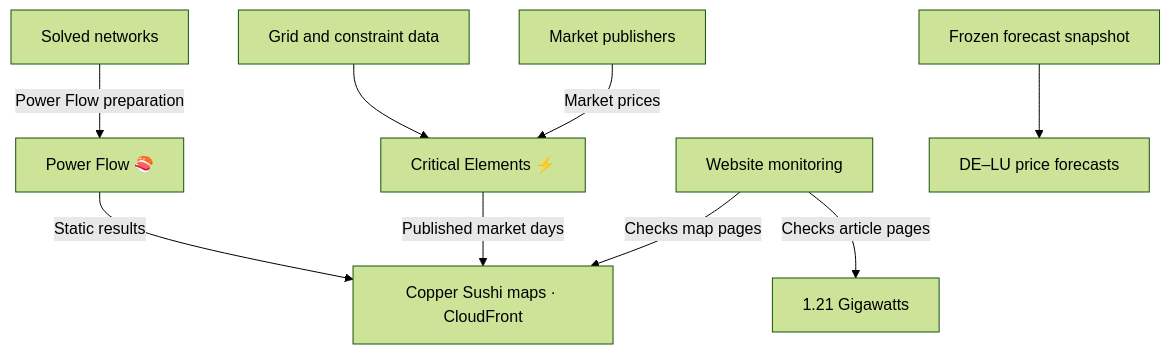
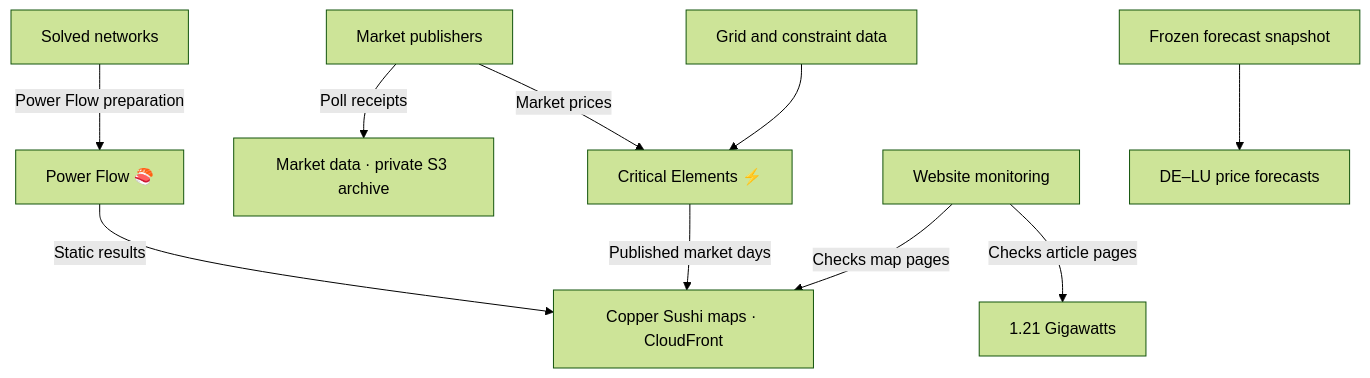
One commit to zoltanmaric/coppersushi changed the diagram in README.md. Above: the diagram before and after it, drawn with Mermaid (forest theme). The commit also changed other lines of this file and 8 other files, not shown here.

````diff
--- a/README.md
+++ b/README.md
@@ -46,17 +46,19 @@
 ```mermaid
 flowchart TB
+    publishers["Market publishers"] -->|Poll receipts| shared["Market data · private S3 archive"]
     grid["Grid and constraint data"] --> critical["Critical Elements ⚡️"]
     networks["Solved networks"] -->|Power Flow preparation| power["Power Flow 🍣"]
     power -->|Static results| maps["Copper Sushi maps · CloudFront"]
     critical -->|Published market days| maps
     monitor["Website monitoring"] -->|Checks map pages| maps
     monitor -->|Checks article pages| blog["1.21 Gigawatts"]
-    publishers["Market publishers"] -->|Market prices| critical
+    publishers -->|Market prices| critical
     snapshot["Frozen forecast snapshot"] --> forecast["DE–LU price forecasts"]
+    click shared "https://github.com/zoltanmaric/coppersushi/blob/main/coppersushi/pipelines/market_data/README.md"
     click critical "https://github.com/zoltanmaric/coppersushi/blob/main/coppersushi/pipelines/cnec/README.md"
     click power "https://github.com/zoltanmaric/coppersushi/blob/main/coppersushi/pipelines/powerflow/README.md"
     click monitor "https://github.com/zoltanmaric/coppersushi/blob/main/monitoring/README.md"
     click blog "https://github.com/zoltanmaric/coppersushi/blob/main/121gigawatts/hosting/README.md"
     click forecast "https://github.com/zoltanmaric/coppersushi/blob/main/forecasts/README.md"
     click maps "https://github.com/zoltanmaric/coppersushi/blob/main/coppersushi/frontend/README.md"
 ```
````
